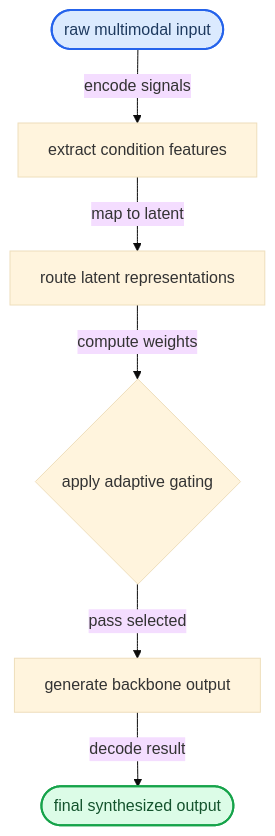
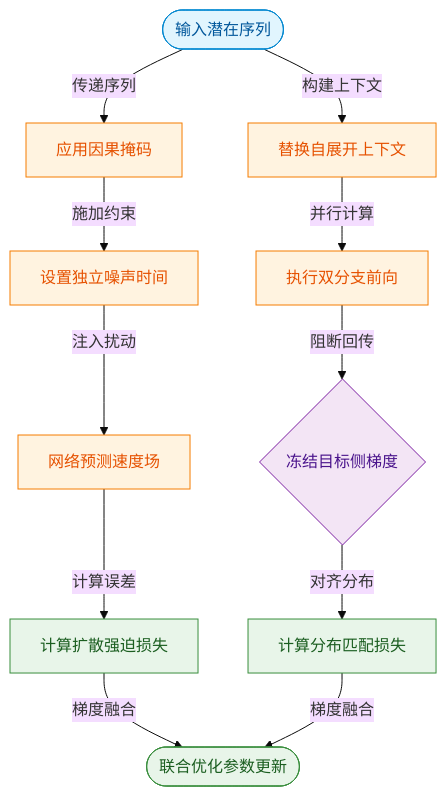
One commit to ShinewineW/paper-rolling changed the fourth of 13 diagrams in person_vault/2026-06-12_OmniDreamsRealTimeGenerativeWorldModel_2606.03159/report.md. Above: the diagram before and after it, drawn with Mermaid (base theme). The commit also changed other lines of this file and 51 other files, not shown here.

````diff
--- a/person_vault/2026-06-12_OmniDreamsRealTimeGenerativeWorldModel_2606.03159/report.md
+++ b/person_vault/2026-06-12_OmniDreamsRealTimeGenerativeWorldModel_2606.03159/report.md
@@ -133,19 +304,20 @@
 ```mermaid
-flowchart TB
-    classDef required fill:#dbeafe,stroke:#2563eb,stroke-width:2px,color:#1e3a5f
-    classDef output fill:#dcfce7,stroke:#16a34a,stroke-width:2px,color:#14532d
-    classDef optional fill:#fef9c3,stroke:#ca8a04,stroke-width:2px,color:#713f12
+flowchart TD
+  classDef data fill:#e1f5fe,color:#01579b,stroke:#0288d1;
+  classDef process fill:#fff3e0,color:#e65100,stroke:#f57c00;
+  classDef loss fill:#e8f5e9,color:#1b5e20,stroke:#388e3c;
+  classDef decision fill:#f3e5f5,color:#4a148c,stroke:#7b1fa2;
 
-    start_node(["raw multimodal input"]):::required
-    cond_extract["extract condition features"]
-    latent_route["route latent representations"]
-    gate_decision{apply adaptive gating}
-    gen_backbone["generate backbone output"]
-    end_node(["final synthesized output"]):::output
+  start(["输入潜在序列"]):::data -->|传递序列| causal_mask["应用因果掩码"]:::process
+  causal_mask -->|施加约束| indep_noise["设置独立噪声时间"]:::process
+  indep_noise -->|注入扰动| vel_pred["网络预测速度场"]:::process
+  vel_pred -->|计算误差| df_loss["计算扩散强迫损失"]:::loss
 
-    start_node -->|encode signals| cond_extract
-    cond_extract -->|map to latent| latent_route
-    latent_route -->|compute weights| gate_decision
-    gate_decision -->|pass selected| gen_backbone
-    gen_backbone -->|decode result| end_node
+  start -->|构建上下文| self_rollout["替换自展开上下文"]:::process
+  self_rollout -->|并行计算| dual_forward["执行双分支前向"]:::process
+  dual_forward -->|阻断回传| sg_block{冻结目标侧梯度}:::decision
+  sg_block -->|对齐分布| dmd_loss["计算分布匹配损失"]:::loss
+
+  df_loss -->|梯度融合| joint_opt(["联合优化参数更新"]):::loss
+  dmd_loss -->|梯度融合| joint_opt
 ```
````
